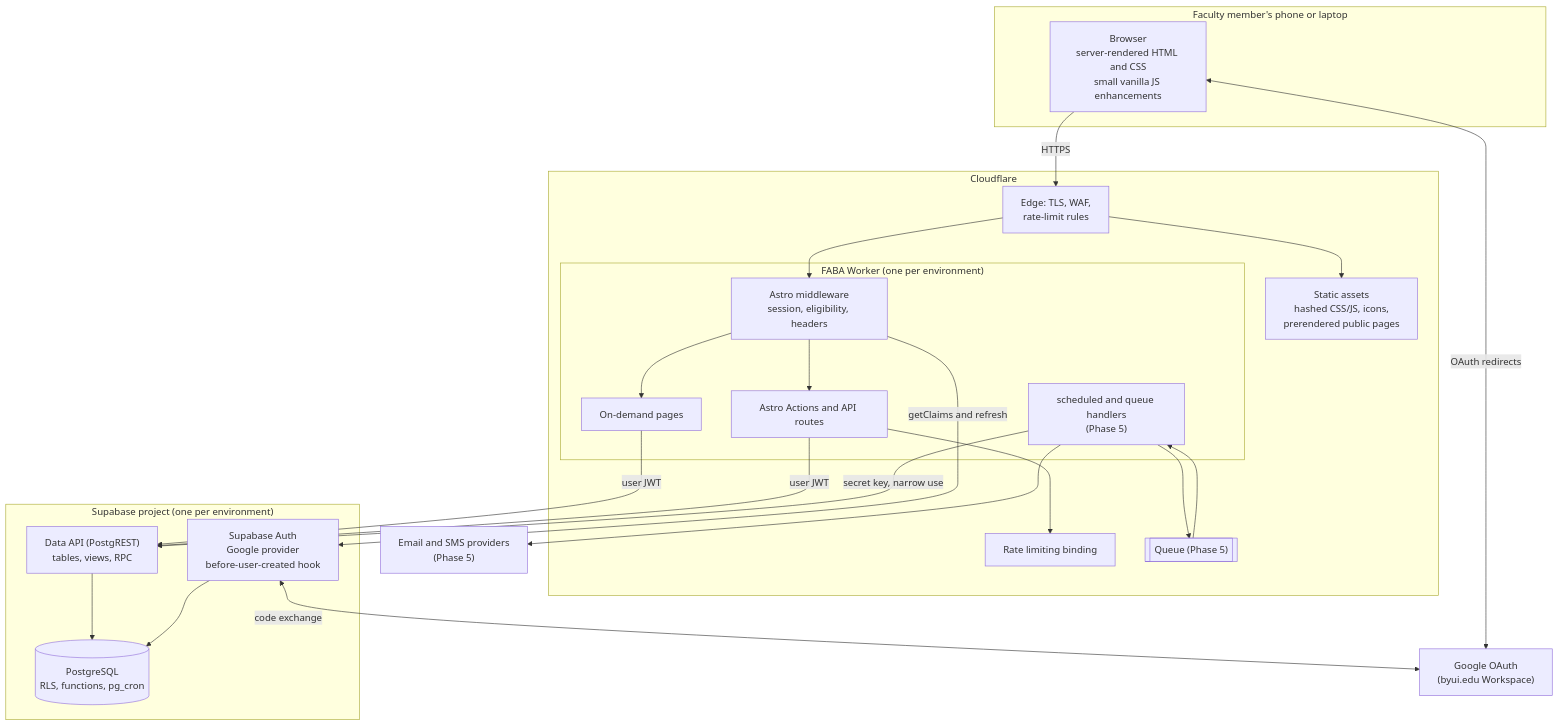
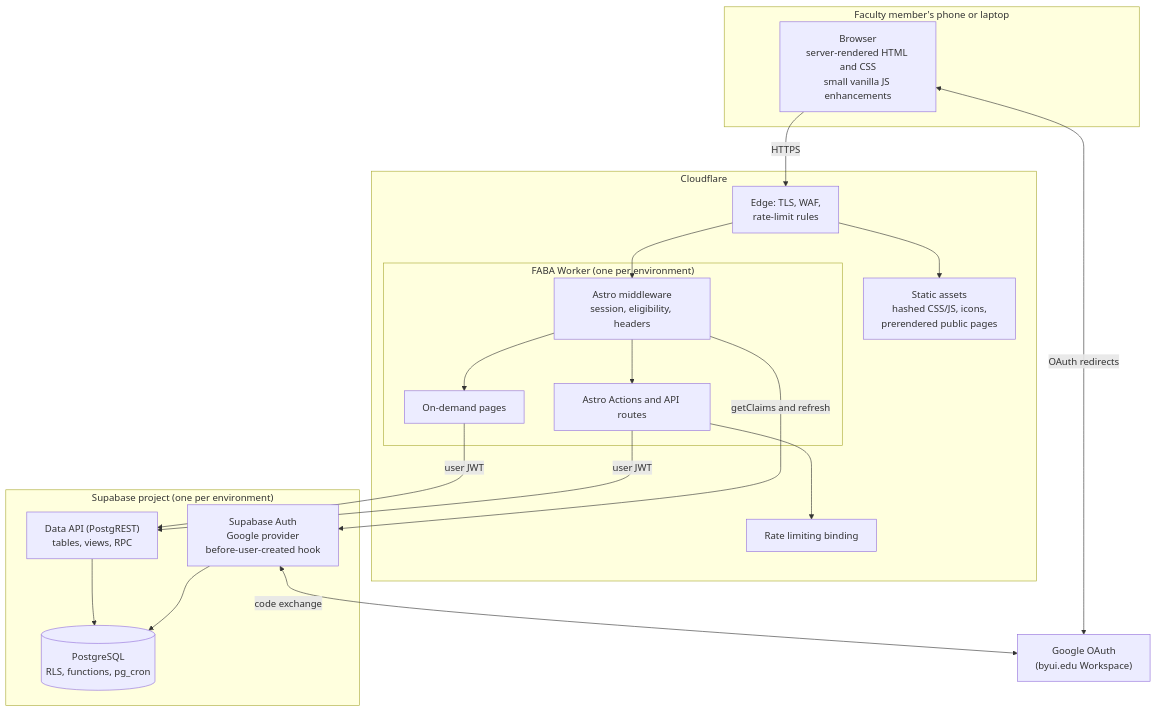
Before and after one commit to Web-Design-Development-Society/faba: the second of 6 diagrams in docs/faba-design-document.md, drawn with Mermaid. The commit also changed other lines of this file, not shown here.

Commit message:
Updated sms and email notification speach

````diff
--- a/docs/faba-design-document.md
+++ b/docs/faba-design-document.md
@@ -2464,46 +2337,39 @@
 ```mermaid
 flowchart TB
   subgraph Device["Faculty member's phone or laptop"]
     BR["Browser<br/>server-rendered HTML and CSS<br/>small vanilla JS enhancements"]
   end
 
   subgraph CF["Cloudflare"]
     EDGE["Edge: TLS, WAF,<br/>rate-limit rules"]
     ASSETS["Static assets<br/>hashed CSS/JS, icons,<br/>prerendered public pages"]
     subgraph WK["FABA Worker (one per environment)"]
       MW["Astro middleware<br/>session, eligibility, headers"]
       PAGES["On-demand pages"]
       ACTS["Astro Actions and API routes"]
-      JOBS["scheduled and queue handlers<br/>(Phase 5)"]
     end
     RL["Rate limiting binding"]
-    Q[["Queue (Phase 5)"]]
   end
 
   subgraph SB["Supabase project (one per environment)"]
     AUTH["Supabase Auth<br/>Google provider<br/>before-user-created hook"]
     API["Data API (PostgREST)<br/>tables, views, RPC"]
     PG[("PostgreSQL<br/>RLS, functions, pg_cron")]
   end
 
   GOOGLE["Google OAuth<br/>(byui.edu Workspace)"]
-  PROV["Email and SMS providers<br/>(Phase 5)"]
 
   BR -->|HTTPS| EDGE
   EDGE --> ASSETS
   EDGE --> MW
   MW --> PAGES
   MW --> ACTS
   PAGES -->|"user JWT"| API
   ACTS -->|"user JWT"| API
   MW -->|"getClaims and refresh"| AUTH
   ACTS --> RL
   API --> PG
   AUTH --> PG
   BR <-->|"OAuth redirects"| GOOGLE
   AUTH <-->|"code exchange"| GOOGLE
-  JOBS --> Q
-  Q --> JOBS
-  JOBS -->|"secret key, narrow use"| API
-  JOBS --> PROV
 ```
````
